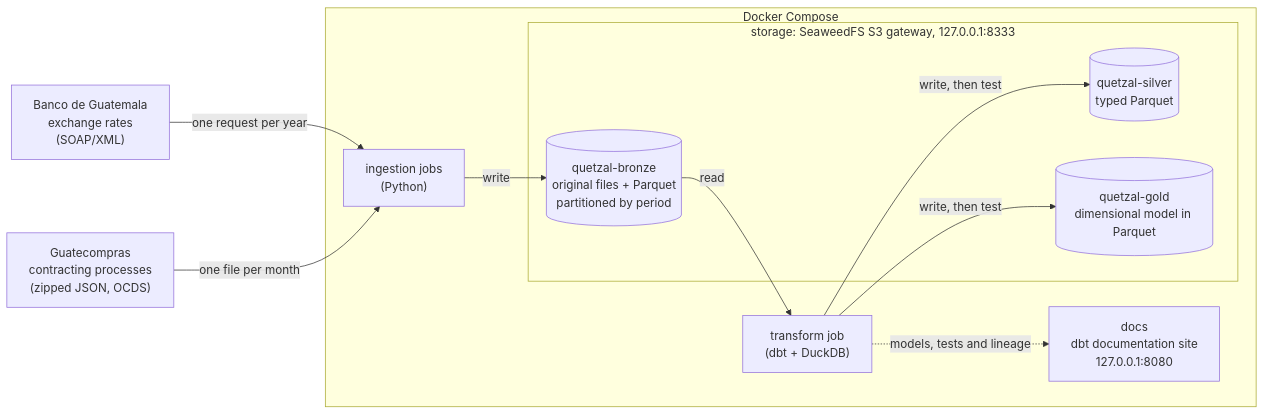
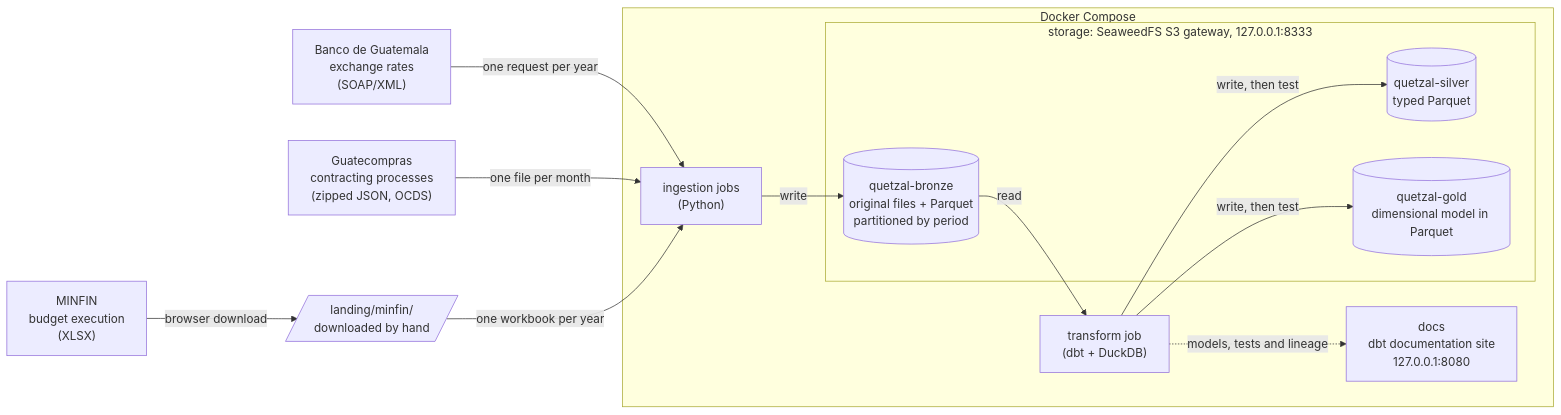
One commit to Carlosmarroquin20/quetzal-lakehouse changed the first of 2 diagrams in README.md. Above: the diagram before and after it, drawn with Mermaid. The commit also changed other lines of this file, not shown here.

First line of the commit message:
Document the MINFIN budget source

````diff
--- a/README.md
+++ b/README.md
@@ -26,22 +30,26 @@
 ```mermaid
 flowchart LR
     banguat["Banco de Guatemala<br/>exchange rates<br/>(SOAP/XML)"]
     guatecompras["Guatecompras<br/>contracting processes<br/>(zipped JSON, OCDS)"]
+    minfin["MINFIN<br/>budget execution<br/>(XLSX)"]
+    landing[/"landing/minfin/<br/>downloaded by hand"/]
     subgraph compose["Docker Compose"]
         ingestion["ingestion jobs<br/>(Python)"]
         transform["transform job<br/>(dbt + DuckDB)"]
         docs["docs<br/>dbt documentation site<br/>127.0.0.1:8080"]
         subgraph storage["storage: SeaweedFS S3 gateway, 127.0.0.1:8333"]
             bronze[("quetzal-bronze<br/>original files + Parquet<br/>partitioned by period")]
             silver[("quetzal-silver<br/>typed Parquet")]
             gold[("quetzal-gold<br/>dimensional model in Parquet")]
         end
     end
     banguat -- "one request per year" --> ingestion
     guatecompras -- "one file per month" --> ingestion
+    minfin -- "browser download" --> landing
+    landing -- "one workbook per year" --> ingestion
     ingestion -- "write" --> bronze
     bronze -- "read" --> transform
     transform -- "write, then test" --> silver
     transform -- "write, then test" --> gold
     transform -. "models, tests and lineage" .-> docs
 ```
````
